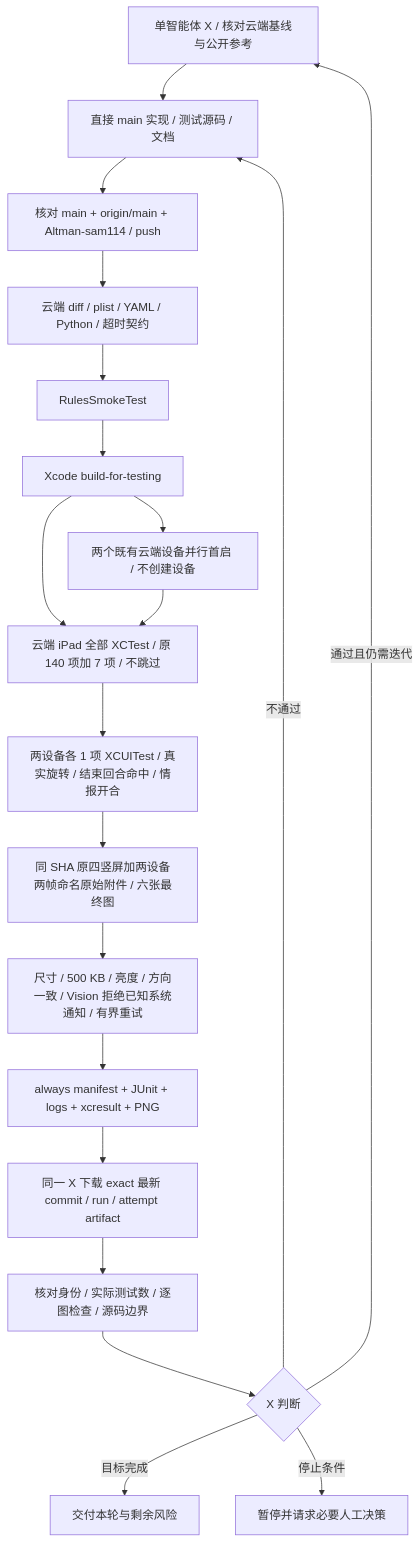
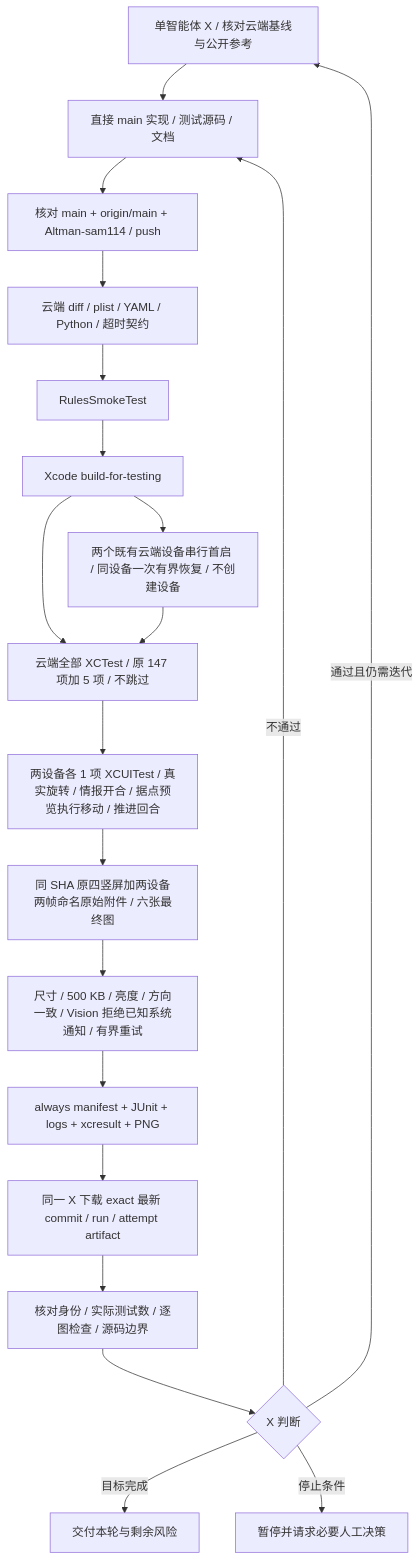
One commit to Altman-sam114/116 changed the third of 3 diagrams in md/flow/flowchart.md. Above: the diagram before and after it, drawn with Mermaid. The commit also changed other lines of this file and 21 other files, not shown here.

````diff
--- a/md/flow/flowchart.md
+++ b/md/flow/flowchart.md
@@ -63,22 +64,22 @@
 ```mermaid
 flowchart TD
     X[单智能体 X / 核对云端基线与公开参考] --> Implement[直接 main 实现 / 测试源码 / 文档]
     Implement --> Push[核对 main + origin/main + Altman-sam114 / push]
     Push --> Static[云端 diff / plist / YAML / Python / 超时契约]
     Static --> Smoke[RulesSmokeTest]
     Smoke --> Build[Xcode build-for-testing]
-    Build --> XCTest[云端 iPad 全部 XCTest / 原 140 项加 7 项 / 不跳过]
-    Build --> Boot[两个既有云端设备并行首启 / 不创建设备]
+    Build --> XCTest[云端全部 XCTest / 原 147 项加 5 项 / 不跳过]
+    Build --> Boot[两个既有云端设备串行首启 / 同设备一次有界恢复 / 不创建设备]
     Boot --> XCTest
-    XCTest --> UI[两设备各 1 项 XCUITest / 真实旋转 / 结束回合命中 / 情报开合]
+    XCTest --> UI[两设备各 1 项 XCUITest / 真实旋转 / 情报开合 / 据点预览执行移动 / 推进回合]
     UI --> Six[同 SHA 原四竖屏加两设备两帧命名原始附件 / 六张最终图]
     Six --> Gates[尺寸 / 500 KB / 亮度 / 方向一致 / Vision 拒绝已知系统通知 / 有界重试]
     Gates --> Package[always manifest + JUnit + logs + xcresult + PNG]
     Package --> Download[同一 X 下载 exact 最新 commit / run / attempt artifact]
     Download --> Review[核对身份 / 实际测试数 / 逐图检查 / 源码边界]
     Review --> Decision{X 判断}
     Decision -->|通过且仍需迭代| X
     Decision -->|不通过| Implement
     Decision -->|目标完成| Done[交付本轮与剩余风险]
     Decision -->|停止条件| Stop[暂停并请求必要人工决策]
 ```
````
